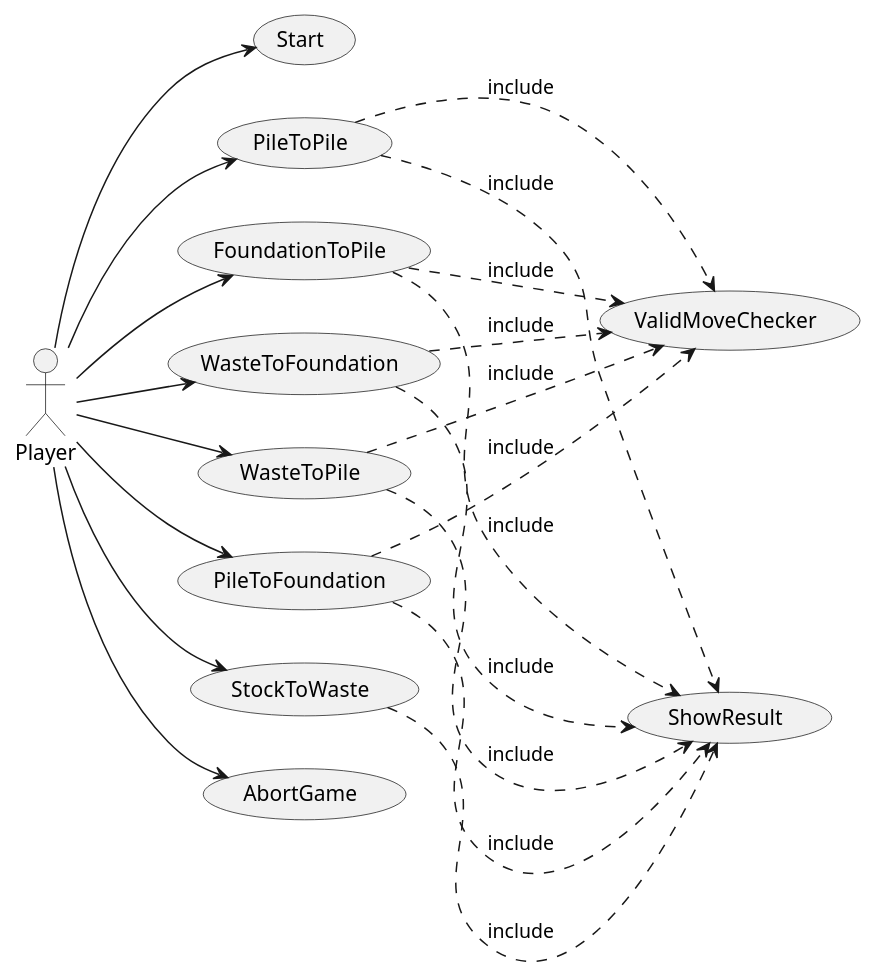
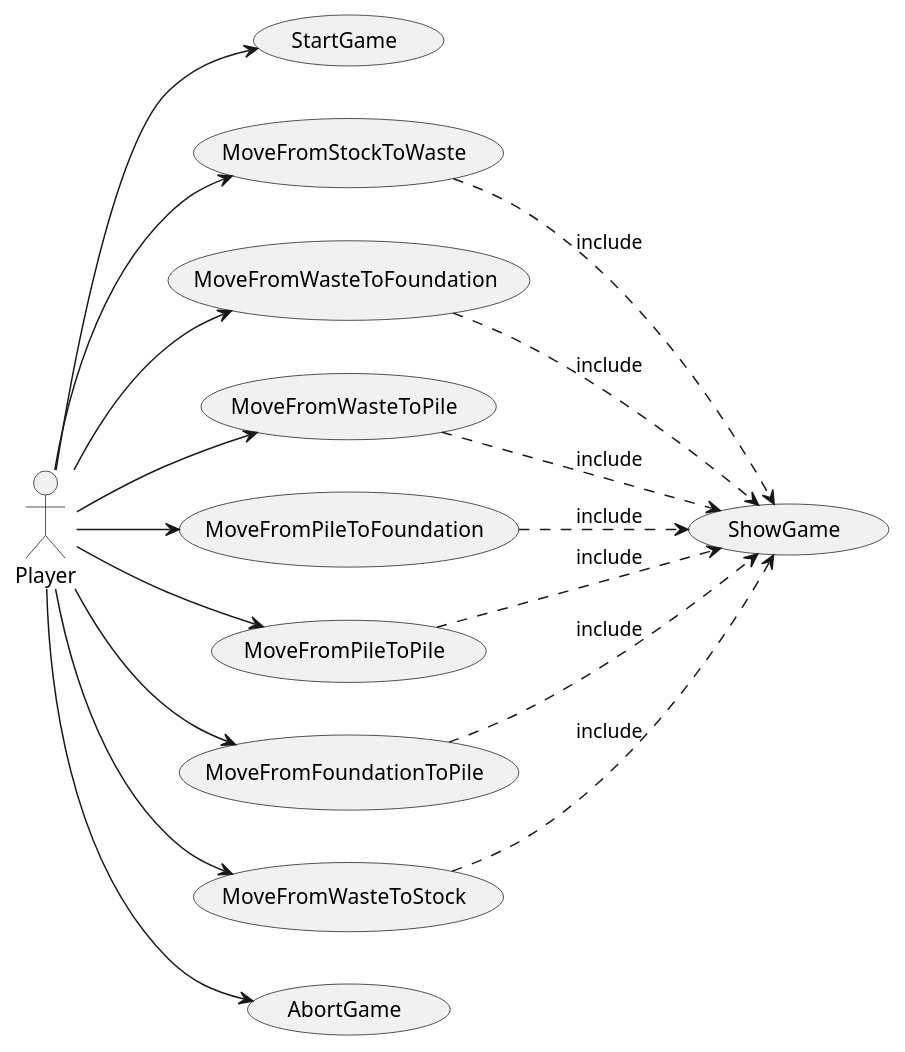
One commit to ciscoruiz/klondike changed the diagram in useCaseView/usecases.puml. Above: the diagram before and after it, drawn with PlantUML. The commit also changed 1 other file, not shown here.

Commit message:
Update Domain Model   Add MoveFromWasteToPile
Update UseCases
  Add verb Move
  Validation is not a UC
  Show Result chaged to Show Game

```diff
--- a/useCaseView/usecases.puml
+++ b/useCaseView/usecases.puml
@@ -1,37 +1,32 @@
 @startuml
 left to right direction
 
-usecase "Start" as UC0
-usecase "StockToWaste" as UC1
-usecase "WasteToFoundation" as UC2
-usecase "WasteToPile" as UC3
-usecase "PileToFoundation" as UC4
-usecase "PileToPile" as UC5
-usecase "FoundationToPile" as UC6
-usecase "ShowResult" as UC7
-usecase "AbortGame" as UCN
+usecase "StartGame" as StartGame
+usecase "MoveFromStockToWaste" as UC1
+usecase "MoveFromWasteToFoundation" as UC2
+usecase "MoveFromWasteToPile" as UC3
+usecase "MoveFromPileToFoundation" as UC4
+usecase "MoveFromPileToPile" as UC5
+usecase "MoveFromFoundationToPile" as UC6
+usecase "MoveFromWasteToStock" as UC7
+usecase "ShowGame" as ShowGame
+usecase "AbortGame" as AbortGame
 
-usecase "ValidMoveChecker" as MovementChecker
-
-Player --> UC0
+Player --> StartGame
 Player --> UC1
 Player --> UC2
 Player --> UC3
 Player --> UC4
 Player --> UC5
 Player --> UC6
-Player --> UCN
+Player --> UC7
+Player --> AbortGame
 
-UC2 -.> MovementChecker : include
-UC3 -.> MovementChecker : include
-UC4 -.> MovementChecker : include
-UC5 -.> MovementChecker : include
-UC6 -.> MovementChecker : include
-
-UC1 -.> UC7 : include
-UC2 -.> UC7 : include
-UC3 -.> UC7 : include
-UC4 -.> UC7 : include
-UC5 -.> UC7 : include
-UC6 -.> UC7 : include
+UC1 -.> ShowGame : include
+UC2 -.> ShowGame : include
+UC3 -.> ShowGame : include
+UC4 -.> ShowGame : include
+UC5 -.> ShowGame : include
+UC6 -.> ShowGame : include
+UC7 -.> ShowGame : include
 @enduml
```
